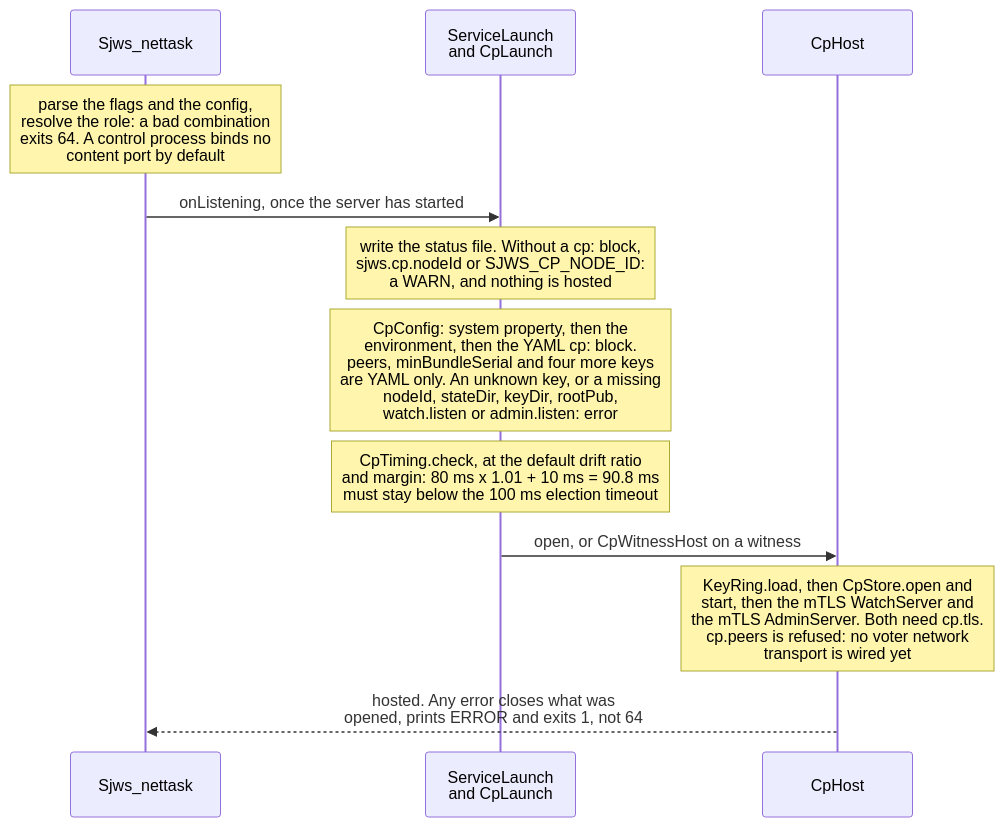
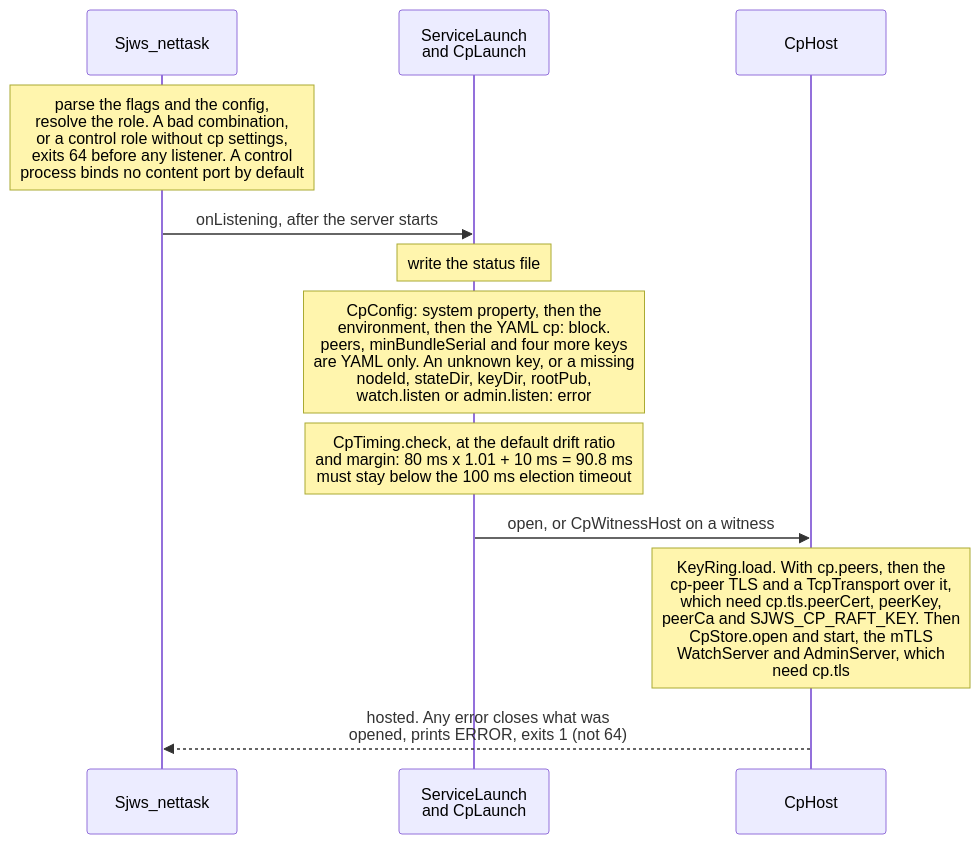
One commit to BlivionIaG/sjws_nettask changed the first of 4 diagrams in docs/design/control-plane-hosting.md. Above: the diagram before and after it, drawn with Mermaid. The commit also changed other lines of this file and 7 other files, not shown here.

First line of the commit message:
docs: update the diagrams for the 30 new master commits

````diff
--- a/docs/design/control-plane-hosting.md
+++ b/docs/design/control-plane-hosting.md
@@ -32,15 +32,15 @@
 ```mermaid
 sequenceDiagram
     participant M as Sjws_nettask
     participant L as ServiceLaunch<br/>and CpLaunch
     participant C as CpHost
 
-    Note over M: parse the flags and the config,<br/>resolve the role: a bad combination<br/>exits 64. A control process binds no<br/>content port by default
-    M->>L: onListening, once the server has started
-    Note over L: write the status file. Without a cp: block,<br/>sjws.cp.nodeId or SJWS_CP_NODE_ID:<br/>a WARN, and nothing is hosted
+    Note over M: parse the flags and the config,<br/>resolve the role. A bad combination,<br/>or a control role without cp settings,<br/>exits 64 before any listener. A control<br/>process binds no content port by default
+    M->>L: onListening, after the server starts
+    Note over L: write the status file
     Note over L: CpConfig: system property, then the<br/>environment, then the YAML cp: block.<br/>peers, minBundleSerial and four more keys<br/>are YAML only. An unknown key, or a missing<br/>nodeId, stateDir, keyDir, rootPub,<br/>watch.listen or admin.listen: error
     Note over L: CpTiming.check, at the default drift ratio<br/>and margin: 80 ms x 1.01 + 10 ms = 90.8 ms<br/>must stay below the 100 ms election timeout
     L->>C: open, or CpWitnessHost on a witness
-    Note over C: KeyRing.load, then CpStore.open and<br/>start, then the mTLS WatchServer and<br/>the mTLS AdminServer. Both need cp.tls.<br/>cp.peers is refused: no voter network<br/>transport is wired yet
-    C-->>M: hosted. Any error closes what was<br/>opened, prints ERROR and exits 1, not 64
+    Note over C: KeyRing.load. With cp.peers, then the<br/>cp-peer TLS and a TcpTransport over it,<br/>which need cp.tls.peerCert, peerKey,<br/>peerCa and SJWS_CP_RAFT_KEY. Then<br/>CpStore.open and start, the mTLS<br/>WatchServer and AdminServer, which<br/>need cp.tls
+    C-->>M: hosted. Any error closes what was<br/>opened, prints ERROR, exits 1 (not 64)
 ```
````
